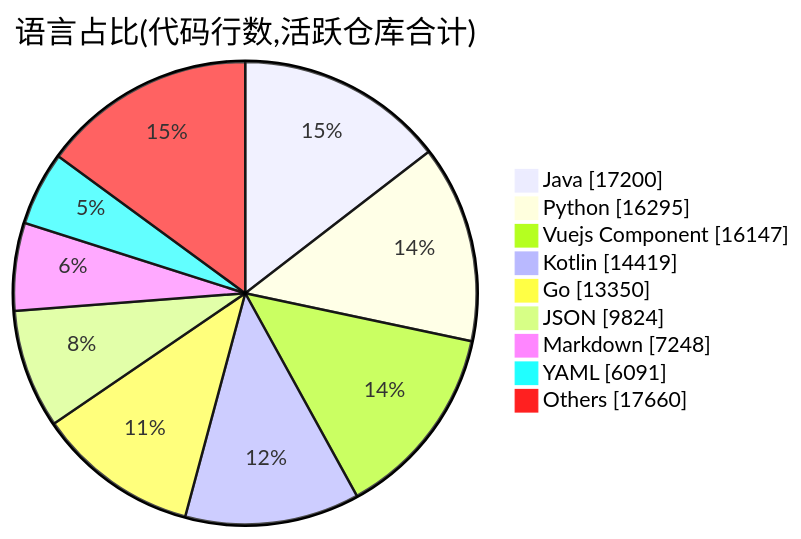
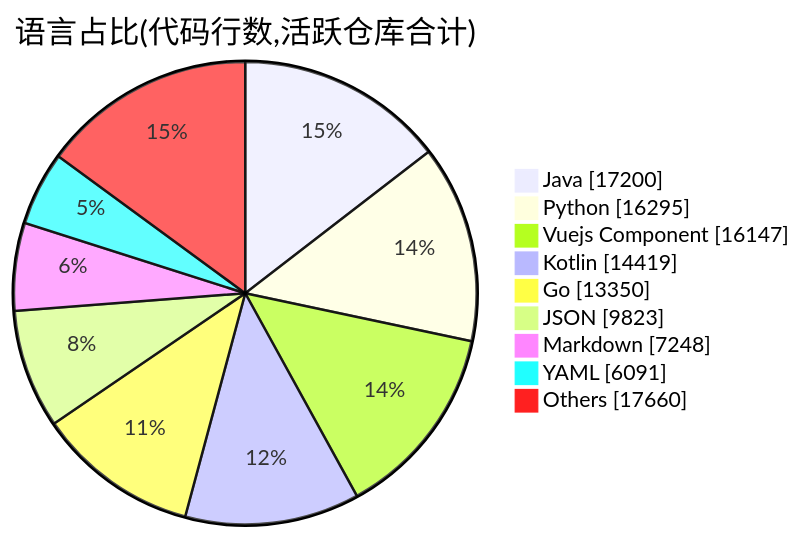
The second of 2 diagrams in profile/README.md (Conflux-Union/.github), drawn with Mermaid before and after one commit. The commit also changed other lines of this file and 1 other file, not shown here.

````diff
--- a/profile/README.md
+++ b/profile/README.md
@@ -78,13 +78,13 @@
 ```mermaid
 pie showData
     title 语言占比(代码行数,活跃仓库合计)
     "Java" : 17200
     "Python" : 16295
     "Vuejs Component" : 16147
     "Kotlin" : 14419
     "Go" : 13350
-    "JSON" : 9824
+    "JSON" : 9823
     "Markdown" : 7248
     "YAML" : 6091
     "Others" : 17660
 ```
````
